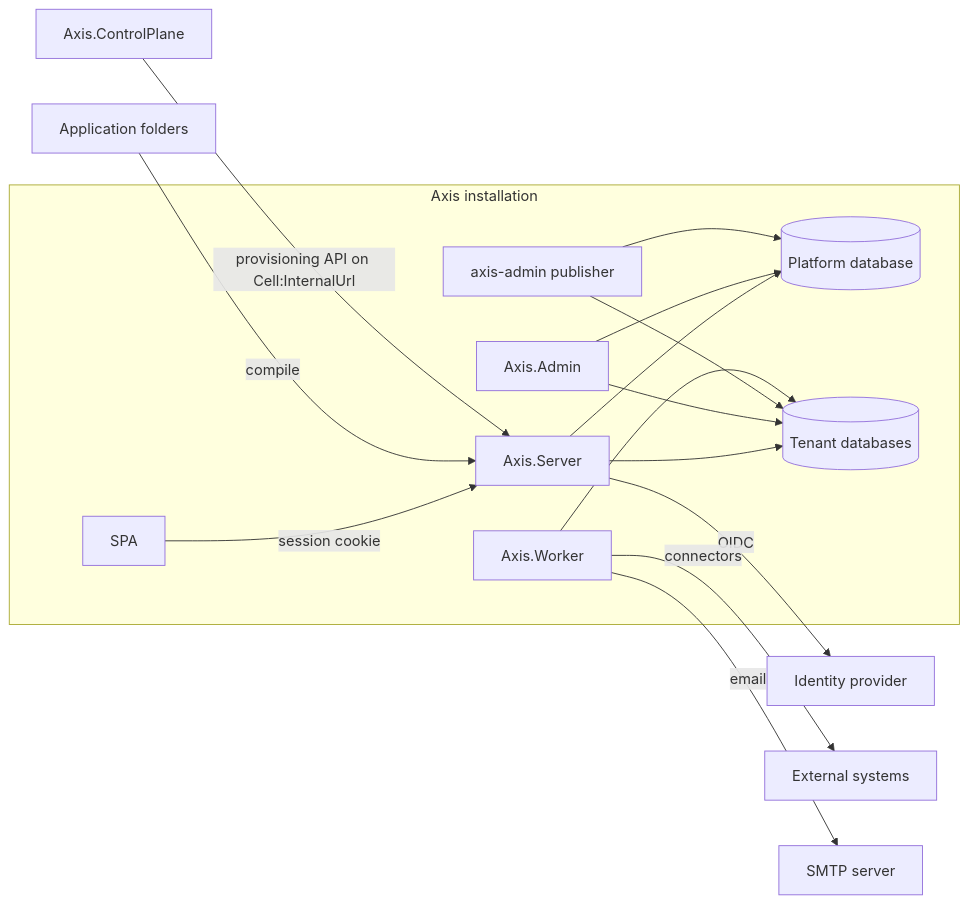
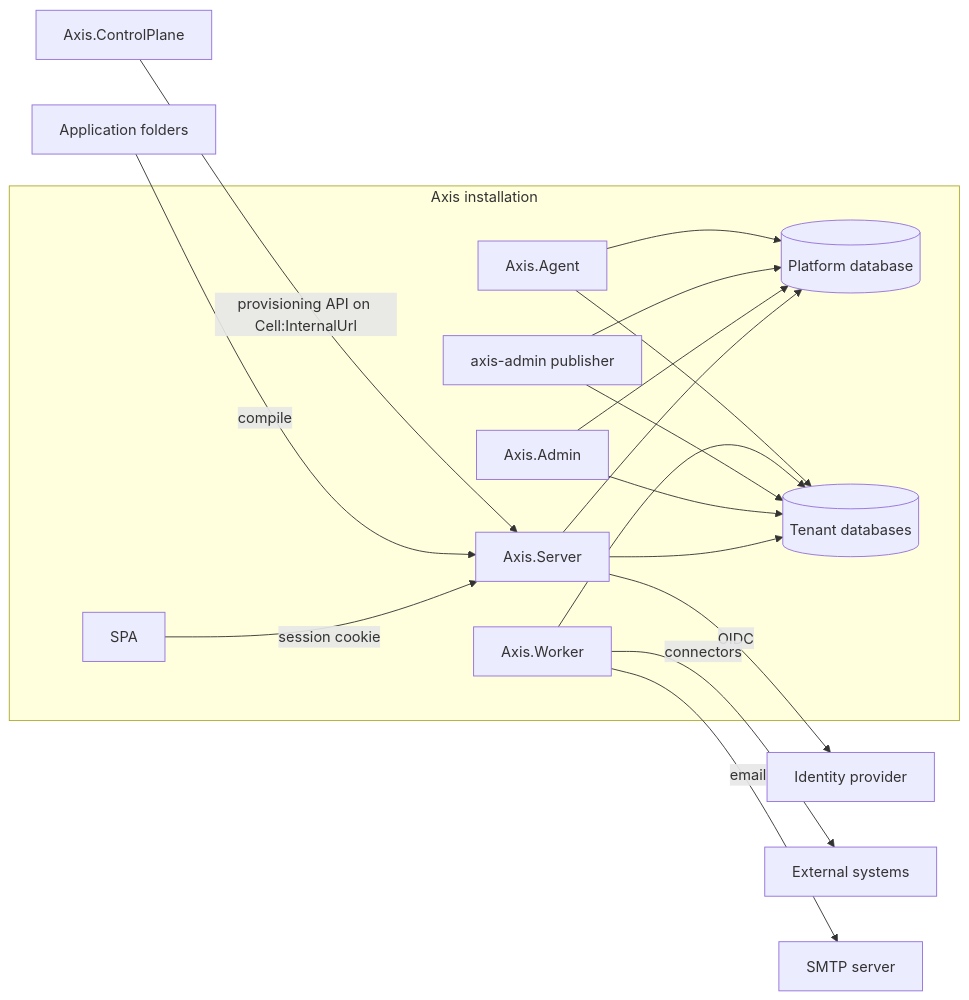
The second of 3 diagrams in docs/architecture.md (phuongnse/axis), drawn with Mermaid before and after one commit. The commit also changed other lines of this file, not shown here.

First line of the commit message:
The docs of docs/architecture.md match the code (#3703) (#3760)

````diff
--- a/docs/architecture.md
+++ b/docs/architecture.md
@@ -27,31 +27,34 @@
 ```mermaid
 flowchart LR
     subgraph installation[Axis installation]
         SPA[SPA]
         Server[Axis.Server]
         Worker[Axis.Worker]
+        Agent[Axis.Agent]
         Admin[Axis.Admin]
         Publisher[axis-admin publisher]
         SysDb[(Platform database)]
         TenantDb[(Tenant databases)]
     end
     ControlPlane[Axis.ControlPlane]
     Apps[Application folders]
     IdP[Identity provider]
     External[External systems]
     Smtp[SMTP server]
 
     SPA -->|session cookie| Server
     Apps -->|compile| Server
     Server -->|OIDC| IdP
     Server --> SysDb
     Server --> TenantDb
     Admin --> SysDb
     Admin --> TenantDb
     Publisher --> SysDb
     Publisher --> TenantDb
     Worker --> TenantDb
     Worker -->|connectors| External
     Worker -->|email| Smtp
+    Agent --> SysDb
+    Agent --> TenantDb
     ControlPlane -->|provisioning API on Cell:InternalUrl| Server
 ```
````
